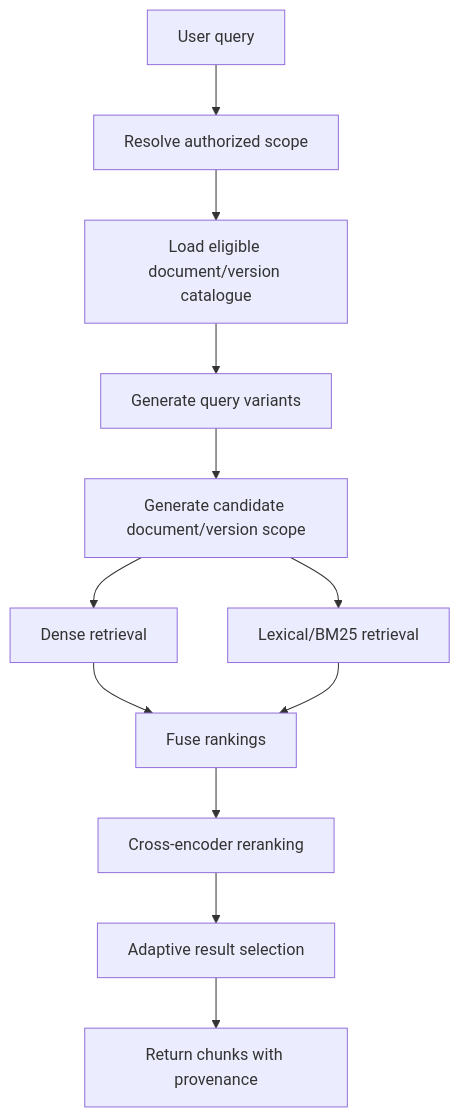
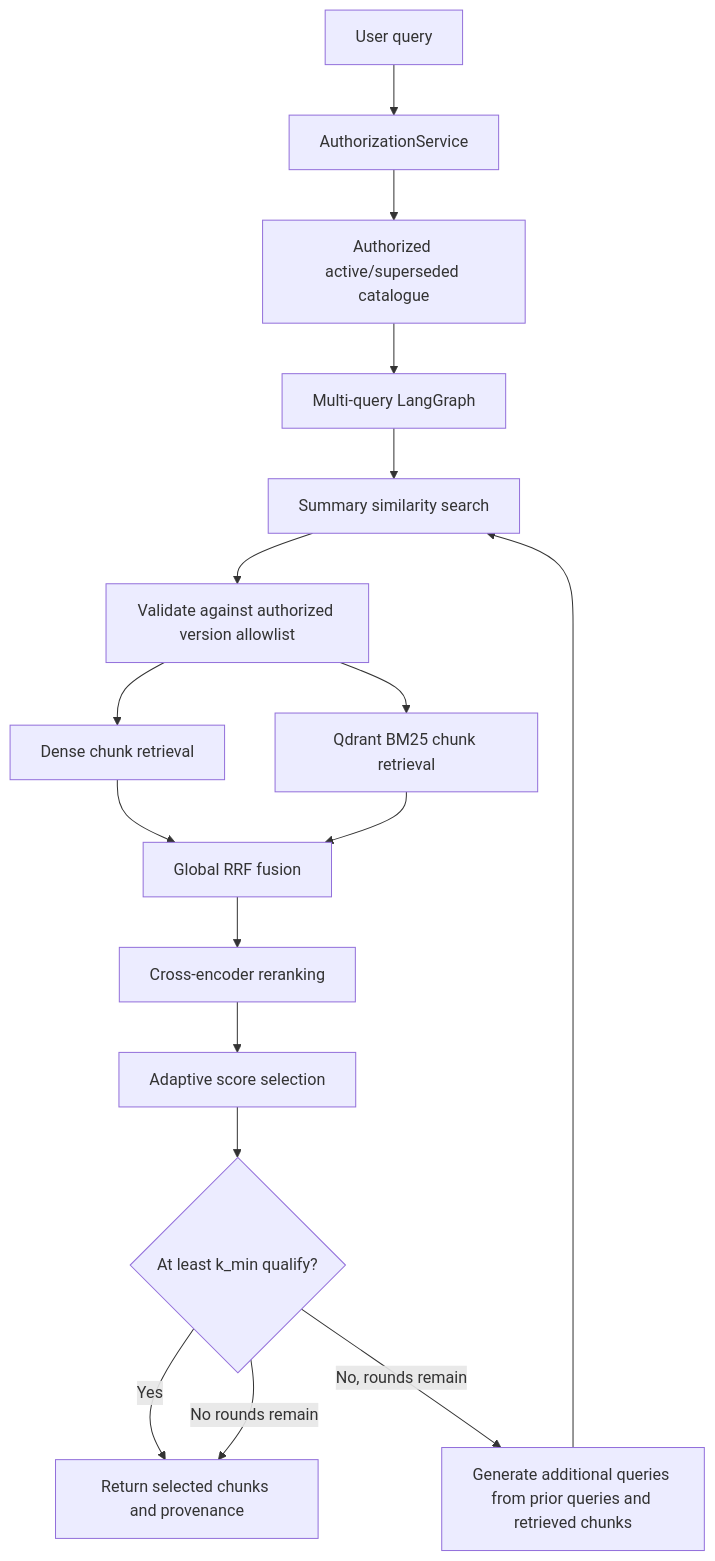
The diagram in docs/diagrams/retrieval-flow.md (aasifmiya11/SaviraCortex-v0.1-Backend), drawn with Mermaid before and after one commit. The commit also changed other lines of this file and 24 other files, not shown here.

````diff
--- a/docs/diagrams/retrieval-flow.md
+++ b/docs/diagrams/retrieval-flow.md
@@ -3,14 +5,19 @@
 ```mermaid
 flowchart TD
- Q[User query] --> A[Resolve authorized scope]
- A --> C[Load eligible document/version catalogue]
- C --> M[Generate query variants]
- M --> D[Generate candidate document/version scope]
- D --> V[Dense retrieval]
- D --> L[Lexical/BM25 retrieval]
- V --> F[Fuse rankings]
+ Q[User query] --> A[AuthorizationService]
+ A --> C[Authorized active/superseded catalogue]
+ C --> M[Multi-query LangGraph]
+ M --> S[Summary similarity search]
+ S --> V[Validate against authorized version allowlist]
+ V --> D[Dense chunk retrieval]
+ V --> L[Qdrant BM25 chunk retrieval]
+ D --> F[Global RRF fusion]
  L --> F
  F --> R[Cross-encoder reranking]
- R --> K[Adaptive result selection]
- K --> O[Return chunks with provenance]
+ R --> K[Adaptive score selection]
+ K --> T{At least k_min qualify?}
+ T -->|Yes| O[Return selected chunks and provenance]
+ T -->|No, rounds remain| E[Generate additional queries from prior queries and retrieved chunks]
+ E --> S
+ T -->|No rounds remain| O
 ```
````
